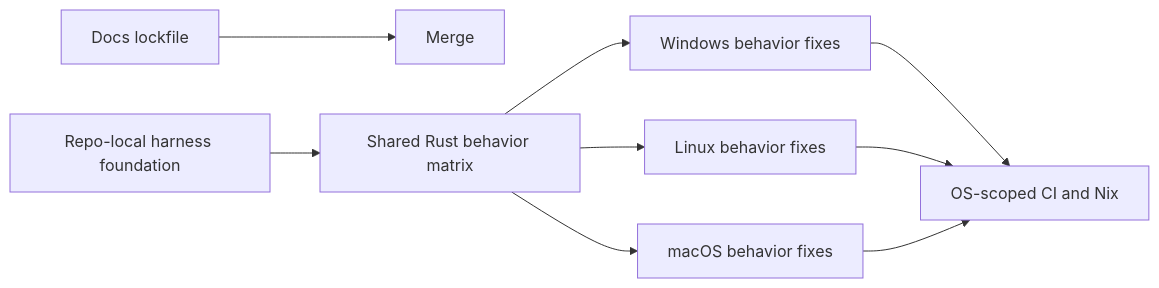
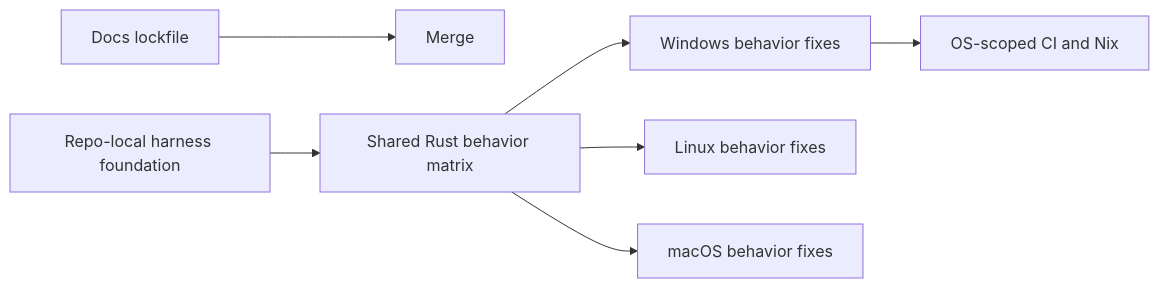
One commit to goat-si/cua-driver changed the diagram in docs/pr-split-plan.md. Above: the diagram before and after it, drawn with Mermaid. The commit also changed other lines of this file, not shown here.

````diff
--- a/docs/pr-split-plan.md
+++ b/docs/pr-split-plan.md
@@ -236,11 +236,9 @@
 ```mermaid
 graph LR
   P0[Docs lockfile] --> Merge
   P1[Repo-local harness foundation] --> P2[Shared Rust behavior matrix]
   P2 --> P3[Windows behavior fixes]
   P2 --> P4[Linux behavior fixes]
   P2 --> P5[macOS behavior fixes]
   P3 --> P6[OS-scoped CI and Nix]
-  P4 --> P6
-  P5 --> P6
 ```
````
